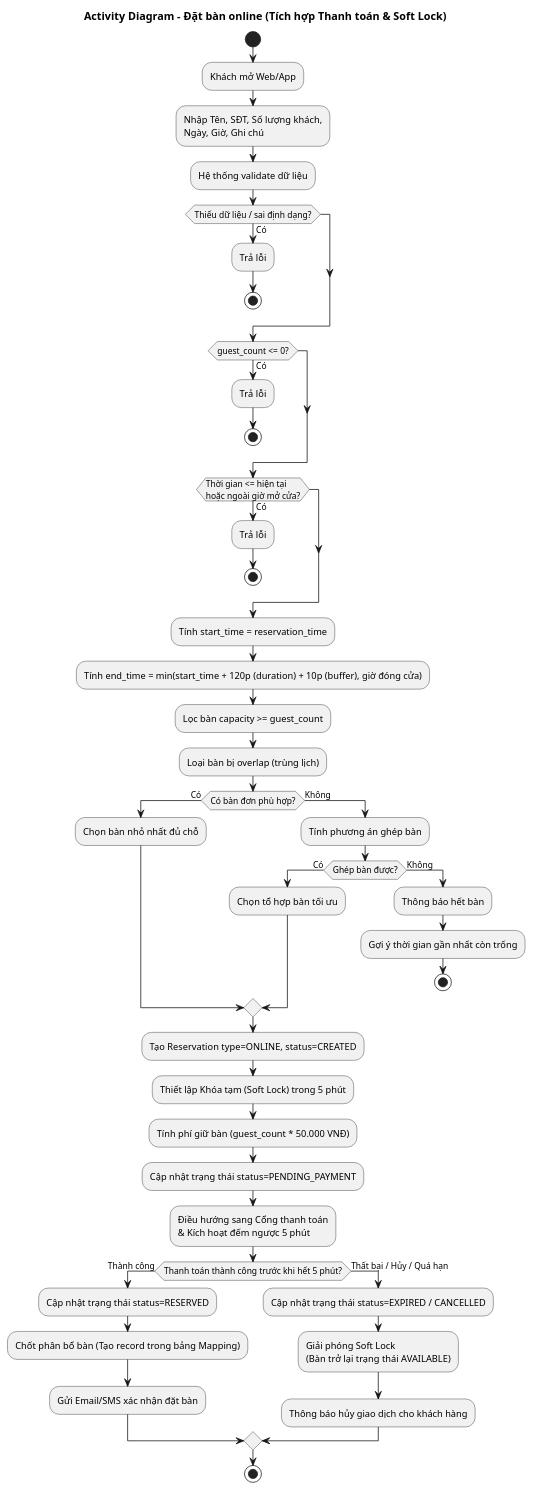
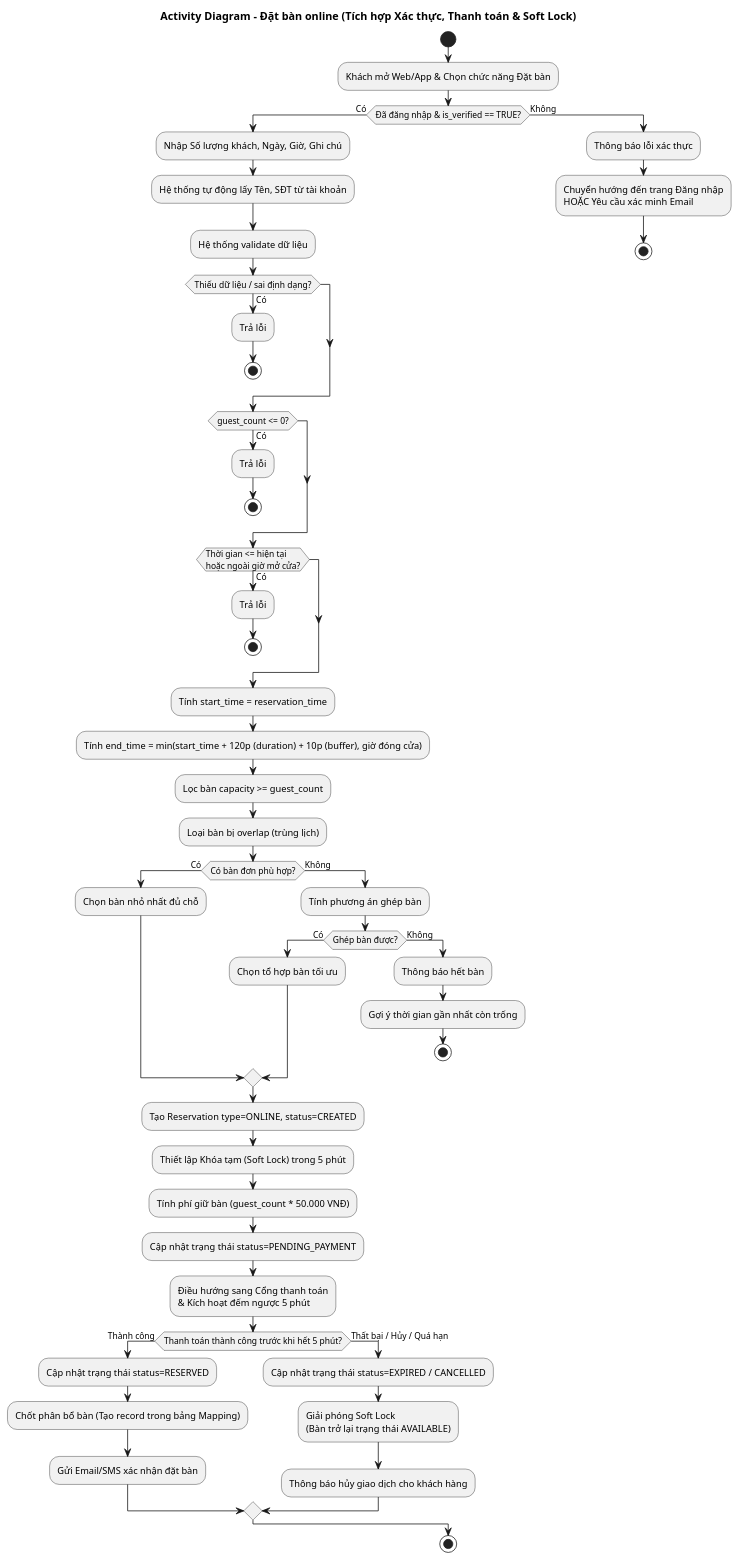
Before and after one commit to QuangLam0208/restaurant-reservation-system: the diagram in docs/uml/activity-booking-online.puml, drawn with PlantUML. The commit also changed 1 other file, not shown here.

Commit message:
update activity diagram (booking & booking online)

```diff
--- a/docs/uml/activity-booking-online.puml
+++ b/docs/uml/activity-booking-online.puml
@@ -1,70 +1,70 @@
 @startuml
-title Activity Diagram - Đặt bàn online (Tích hợp Thanh toán & Soft Lock)
+title Activity Diagram - Đặt bàn online (Tích hợp Xác thực, Thanh toán & Soft Lock)
 skinparam conditionStyle inside
 
+start
+:Khách mở Web/App & Chọn chức năng Đặt bàn;
 
-start
-:Khách mở Web/App;
-:Nhập Tên, SĐT, Số lượng khách,\nNgày, Giờ, Ghi chú;
-:Hệ thống validate dữ liệu;
+if (Đã đăng nhập & is_verified == TRUE?) then (Có)
+  :Nhập Số lượng khách, Ngày, Giờ, Ghi chú;
+  :Hệ thống tự động lấy Tên, SĐT từ tài khoản;
+  :Hệ thống validate dữ liệu;
 
+  if (Thiếu dữ liệu / sai định dạng?) then (Có)
+    :Trả lỗi;
+    stop
+  endif
 
-if (Thiếu dữ liệu / sai định dạng?) then (Có)
-:Trả lỗi;
-stop
-endif
+  if (guest_count <= 0?) then (Có)
+    :Trả lỗi;
+    stop
+  endif
 
+  if (Thời gian <= hiện tại\nhoặc ngoài giờ mở cửa?) then (Có)
+    :Trả lỗi;
+    stop
+  endif
 
-if (guest_count <= 0?) then (Có)
-:Trả lỗi;
-stop
-endif
+  :Tính start_time = reservation_time;
+  :Tính end_time = min(start_time + 120p (duration) + 10p (buffer), giờ đóng cửa);
+  :Lọc bàn capacity >= guest_count;
+  :Loại bàn bị overlap (trùng lịch);
 
+  if (Có bàn đơn phù hợp?) then (Có)
+    :Chọn bàn nhỏ nhất đủ chỗ;
+  else (Không)
+    :Tính phương án ghép bàn;
+    if (Ghép bàn được?) then (Có)
+      :Chọn tổ hợp bàn tối ưu;
+    else (Không)
+      :Thông báo hết bàn;
+      :Gợi ý thời gian gần nhất còn trống;
+      stop
+    endif
+  endif
 
-if (Thời gian <= hiện tại\nhoặc ngoài giờ mở cửa?) then (Có)
-:Trả lỗi;
-stop
-endif
+  ' --- BẮT ĐẦU LUỒNG SOFT LOCK VÀ THANH TOÁN ---
+  :Tạo Reservation type=ONLINE, status=CREATED;
+  :Thiết lập Khóa tạm (Soft Lock) trong 5 phút;
+  :Tính phí giữ bàn (guest_count * 50.000 VNĐ);
+  :Cập nhật trạng thái status=PENDING_PAYMENT;
+  :Điều hướng sang Cổng thanh toán\n& Kích hoạt đếm ngược 5 phút;
 
+  if (Thanh toán thành công trước khi hết 5 phút?) then (Thành công)
+    :Cập nhật trạng thái status=RESERVED;
+    :Chốt phân bổ bàn (Tạo record trong bảng Mapping);
+    :Gửi Email/SMS xác nhận đặt bàn;
+  else (Thất bại / Hủy / Quá hạn)
+    :Cập nhật trạng thái status=EXPIRED / CANCELLED;
+    :Giải phóng Soft Lock\n(Bàn trở lại trạng thái AVAILABLE);
+    :Thông báo hủy giao dịch cho khách hàng;
+  endif
 
-:Tính start_time = reservation_time;
-:Tính end_time = min(start_time + 120p (duration) + 10p (buffer), giờ đóng cửa);
-:Lọc bàn capacity >= guest_count;
-:Loại bàn bị overlap (trùng lịch);
-
-
-if (Có bàn đơn phù hợp?) then (Có)
-:Chọn bàn nhỏ nhất đủ chỗ;
 else (Không)
-:Tính phương án ghép bàn;
-if (Ghép bàn được?) then (Có)
-  :Chọn tổ hợp bàn tối ưu;
-else (Không)
-  :Thông báo hết bàn;
-  :Gợi ý thời gian gần nhất còn trống;
+  :Thông báo lỗi xác thực;
+  :Chuyển hướng đến trang Đăng nhập\nHOẶC Yêu cầu xác minh Email;
   stop
 endif
-endif
-
-
-' --- BẮT ĐẦU LUỒNG SOFT LOCK VÀ THANH TOÁN ---
-:Tạo Reservation type=ONLINE, status=CREATED;
-:Thiết lập Khóa tạm (Soft Lock) trong 5 phút;
-:Tính phí giữ bàn (guest_count * 50.000 VNĐ);
-:Cập nhật trạng thái status=PENDING_PAYMENT;
-:Điều hướng sang Cổng thanh toán\n& Kích hoạt đếm ngược 5 phút;
-
-
-if (Thanh toán thành công trước khi hết 5 phút?) then (Thành công)
-:Cập nhật trạng thái status=RESERVED;
-:Chốt phân bổ bàn (Tạo record trong bảng Mapping);
-:Gửi Email/SMS xác nhận đặt bàn;
-else (Thất bại / Hủy / Quá hạn)
-:Cập nhật trạng thái status=EXPIRED / CANCELLED;
-:Giải phóng Soft Lock\n(Bàn trở lại trạng thái AVAILABLE);
-:Thông báo hủy giao dịch cho khách hàng;
-endif
-
 
 stop
 @enduml
```
